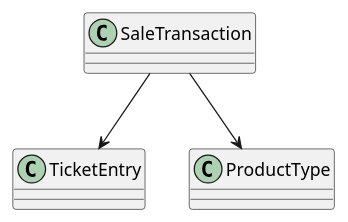
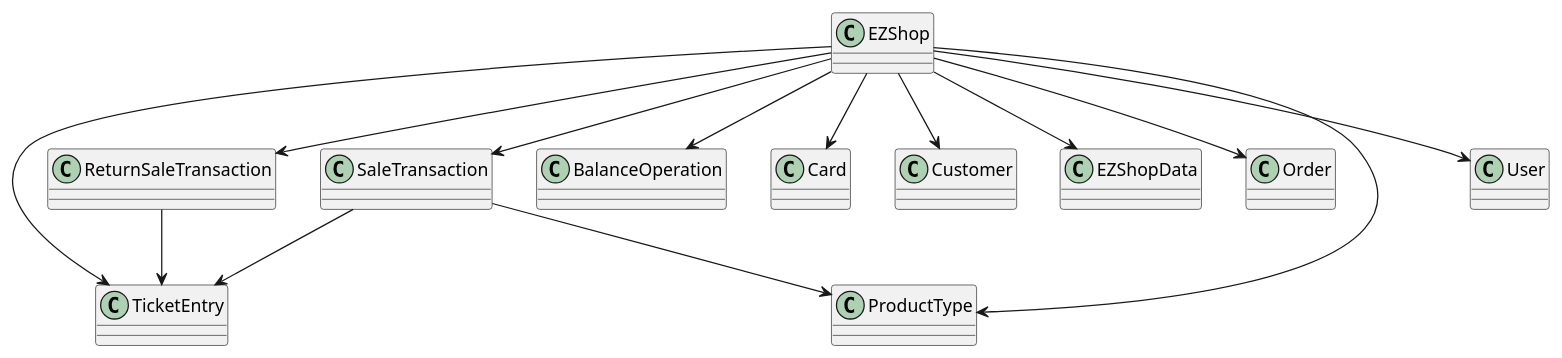
One commit to taurou/EzShop changed the diagram in Deliverables/IntegrationAPITestReportDavide.md. Above: the diagram before and after it, drawn with PlantUML. The commit also changed other lines of this file and 3 other files, not shown here.

```diff
--- a/Deliverables/IntegrationAPITestReportDavide.md
+++ b/Deliverables/IntegrationAPITestReportDavide.md
@@ -41,7 +26,26 @@
-@startuml
+    @startuml
 class SaleTransaction
 class TicketEntry
 class ProductType
+class EZShop
+class BalanceOperation
+class Card
+class Customer
+class EZShopData
+class Order
+class ReturnSaleTransaction
+class User
 SaleTransaction --> ProductType
 SaleTransaction --> TicketEntry
+ReturnSaleTransaction --> TicketEntry
+EZShop --> BalanceOperation
+EZShop --> Card
+EZShop --> Order
+EZShop --> Customer
+EZShop --> EZShopData
+EZShop --> User
+EZShop --> ReturnSaleTransaction
+EZShop --> SaleTransaction
+EZShop --> TicketEntry
+EZShop --> ProductType
 @enduml
```
